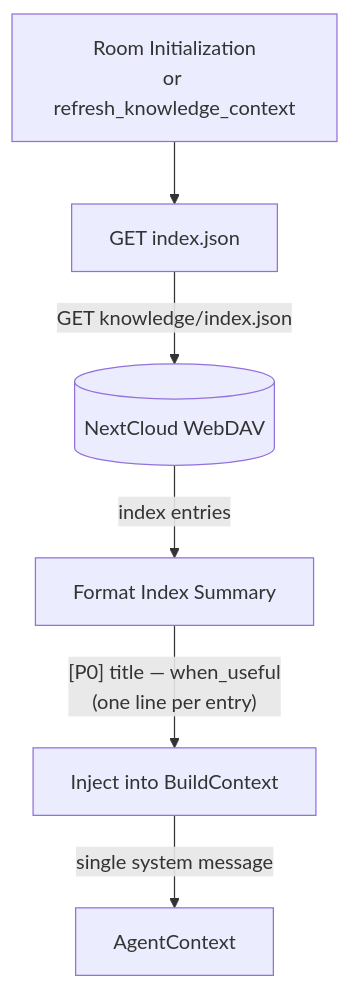
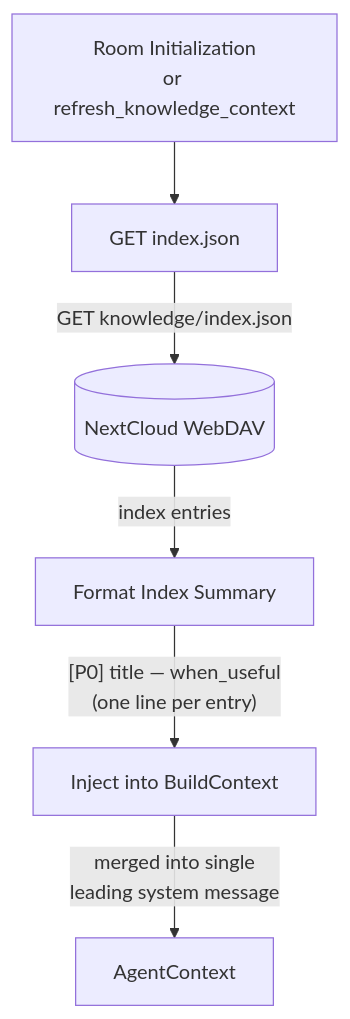
One commit to cosmoswafer/rockbot changed the second of 5 diagrams in _dfd/knowledge/knowledge.md. Above: the diagram before and after it, drawn with Mermaid. The commit also changed other lines of this file and 6 other files, not shown here.

First line of the commit message:
fix(memory): merge system messages into single leading message for strict chat templates (closes #77)

````diff
--- a/_dfd/knowledge/knowledge.md
+++ b/_dfd/knowledge/knowledge.md
@@ -95,15 +100,15 @@
 ```mermaid
 flowchart TD
     INIT[Room Initialization<br/>or refresh_knowledge_context]
     GET_IDX[GET index.json]
     DAV[(NextCloud WebDAV)]
     SUMMARIZE[Format Index Summary]
     INJECT[Inject into BuildContext]
     CTX[AgentContext]
 
     INIT --> GET_IDX
     GET_IDX -->|"GET knowledge/index.json"| DAV
     DAV -->|"index entries"| SUMMARIZE
     SUMMARIZE -->|"[P0] title — when_useful<br/>(one line per entry)"| INJECT
-    INJECT -->|"single system message"| CTX
+    INJECT -->|"merged into single<br/>leading system message"| CTX
 ```
````
